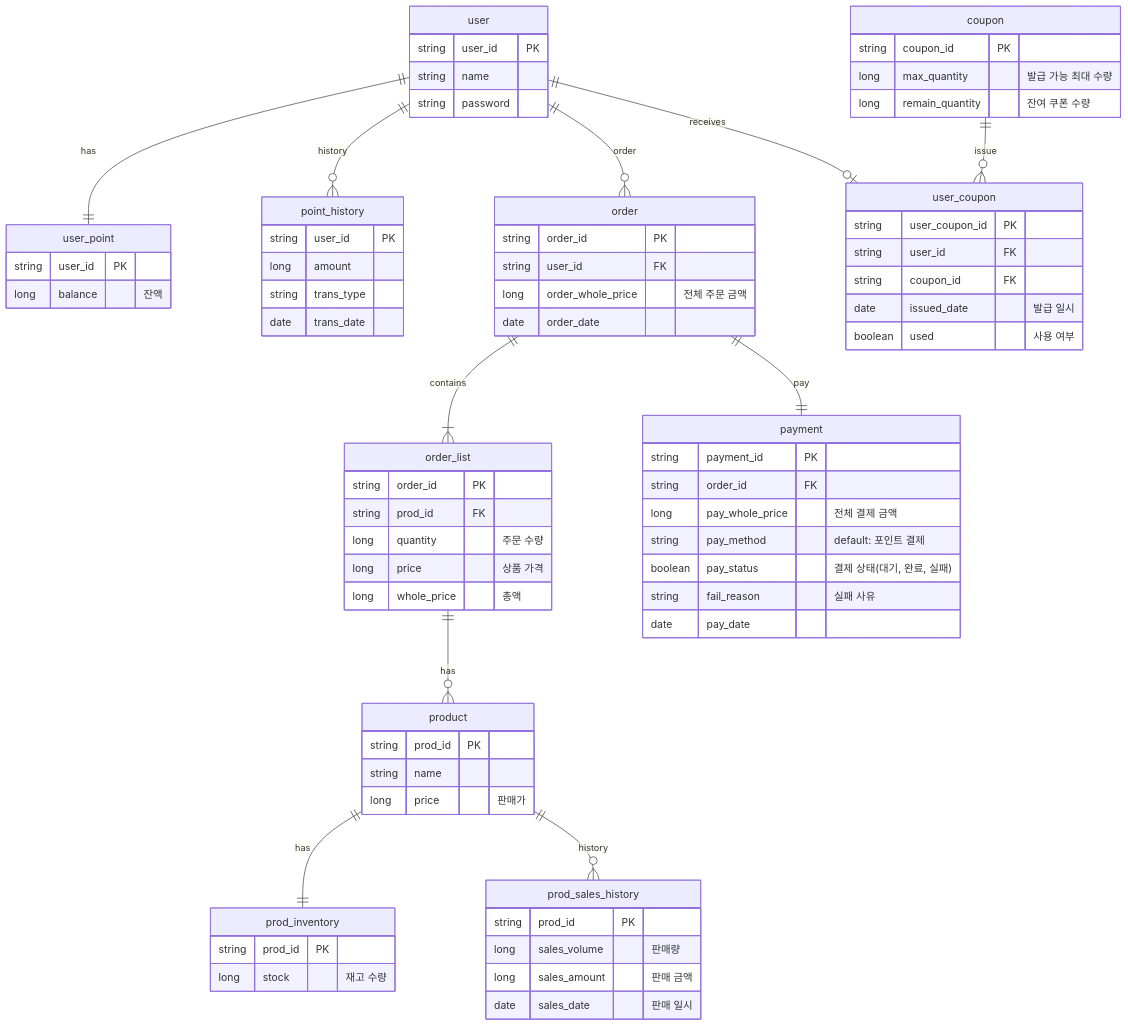
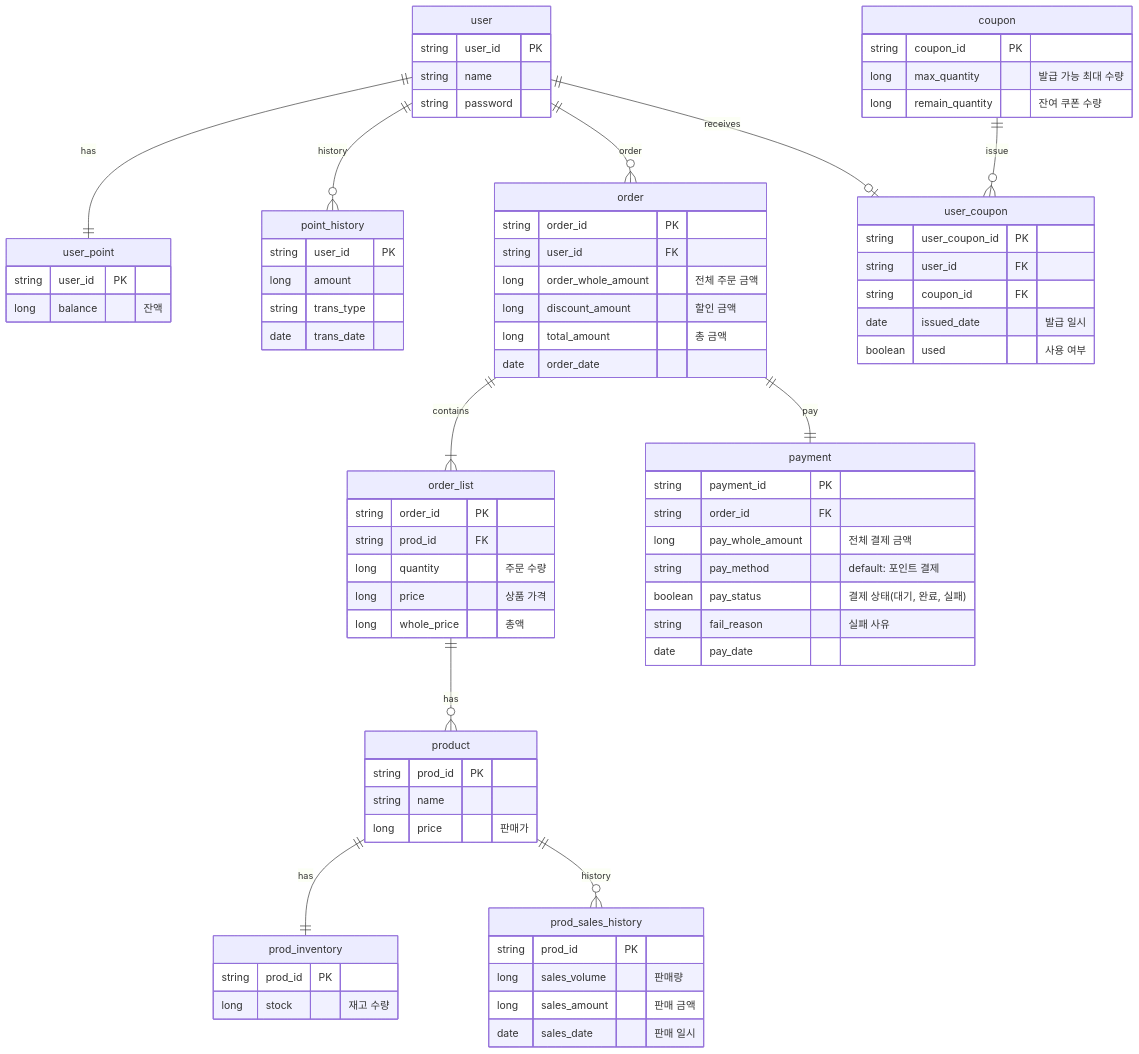
The first of 6 diagrams in docs/erdiagrams.md (JiwooJng/hhplus-ecommerce), drawn with Mermaid before and after one commit. The commit also changed other lines of this file, not shown here.

Commit message:
[Fix] er 다이어그램 주문 시 쿠폰 사용 부분 누락 수정

````diff
--- a/docs/erdiagrams.md
+++ b/docs/erdiagrams.md
@@ -3,77 +3,79 @@
 ```mermaid
 erDiagram
     user {
         string user_id PK
         string name
         string password
     } 
     user_point {
         string user_id PK
         long balance "잔액"
     }
     point_history {
         string user_id PK 
         long amount 
         string trans_type 
         date trans_date 
     }
     product {
         string prod_id PK
         string name 
         long price "판매가"
     }
     prod_inventory {
         string prod_id PK
         long stock "재고 수량"
     }
     prod_sales_history {
         string prod_id PK
         long sales_volume "판매량"
         long sales_amount "판매 금액"
         date sales_date "판매 일시"
     }
     coupon {
         string coupon_id PK
         long max_quantity "발급 가능 최대 수량"
         long remain_quantity "잔여 쿠폰 수량"
     }
     user_coupon {
         string user_coupon_id PK
         string user_id FK 
         string coupon_id FK
         date issued_date "발급 일시"
         boolean used "사용 여부"
     }
     order {
         string order_id PK
         string user_id FK
-        long order_whole_price "전체 주문 금액"
+        long order_whole_amount "전체 주문 금액"
+        long discount_amount "할인 금액"
+        long total_amount "총 금액"
         date order_date
     }
     order_list {
         string order_id PK
         string prod_id FK
         long quantity "주문 수량"
         long price "상품 가격"
         long whole_price "총액"
     }
     payment { 
         string payment_id PK
         string order_id FK
-        long pay_whole_price "전체 결제 금액"
+        long pay_whole_amount "전체 결제 금액"
         string pay_method "default: 포인트 결제"
         boolean pay_status "결제 상태(대기, 완료, 실패)"
         string fail_reason "실패 사유"
         date pay_date
     }
     user ||--||user_point : has
     user ||--o{point_history : history
     user ||--o{order : order
     order ||--|{order_list : contains
     order ||--||payment : pay
     order_list ||--o{product : has
     product ||--||prod_inventory : has
     product ||--o{prod_sales_history : history
     user||--o|user_coupon : receives 
     coupon ||--o{user_coupon : issue 
 ```
````
